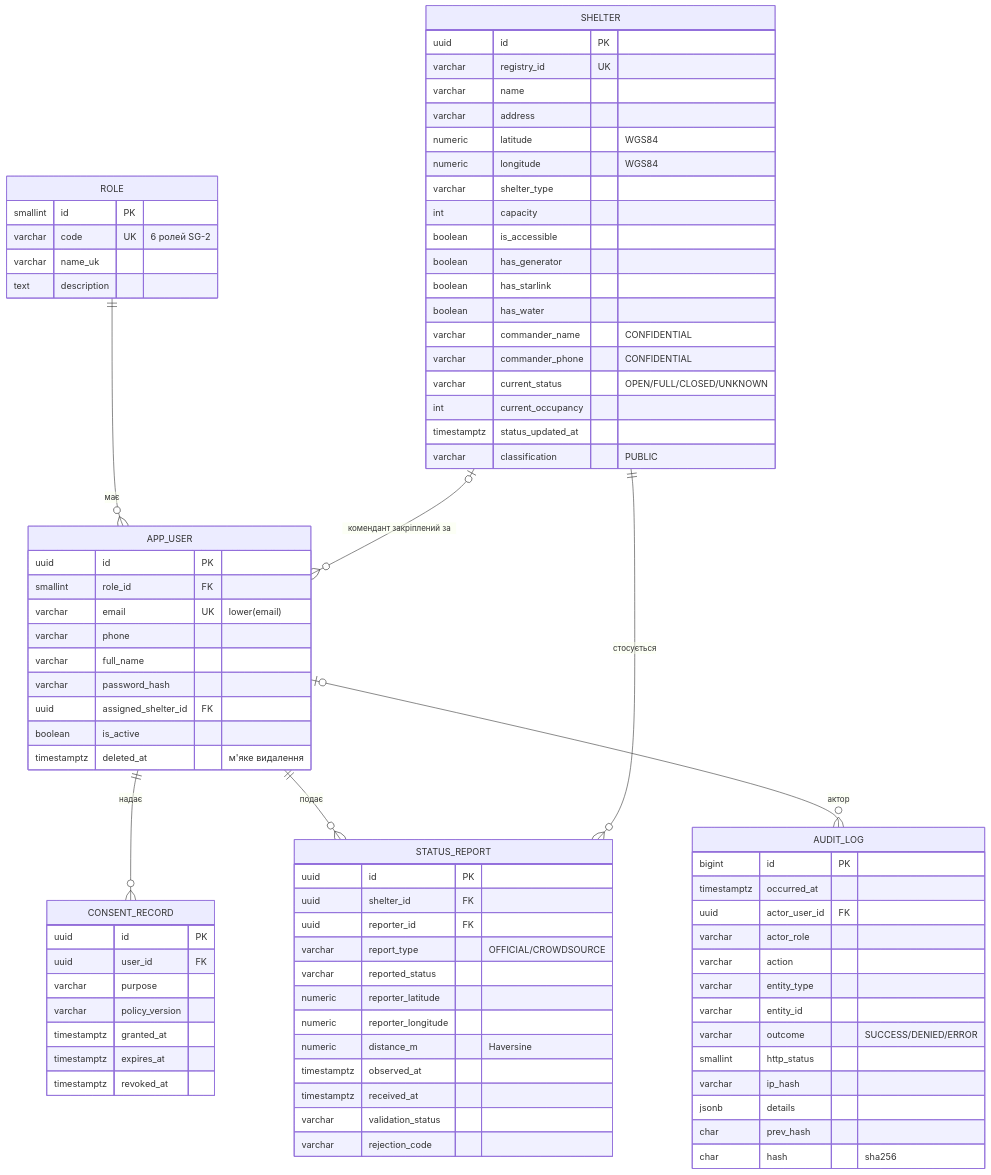
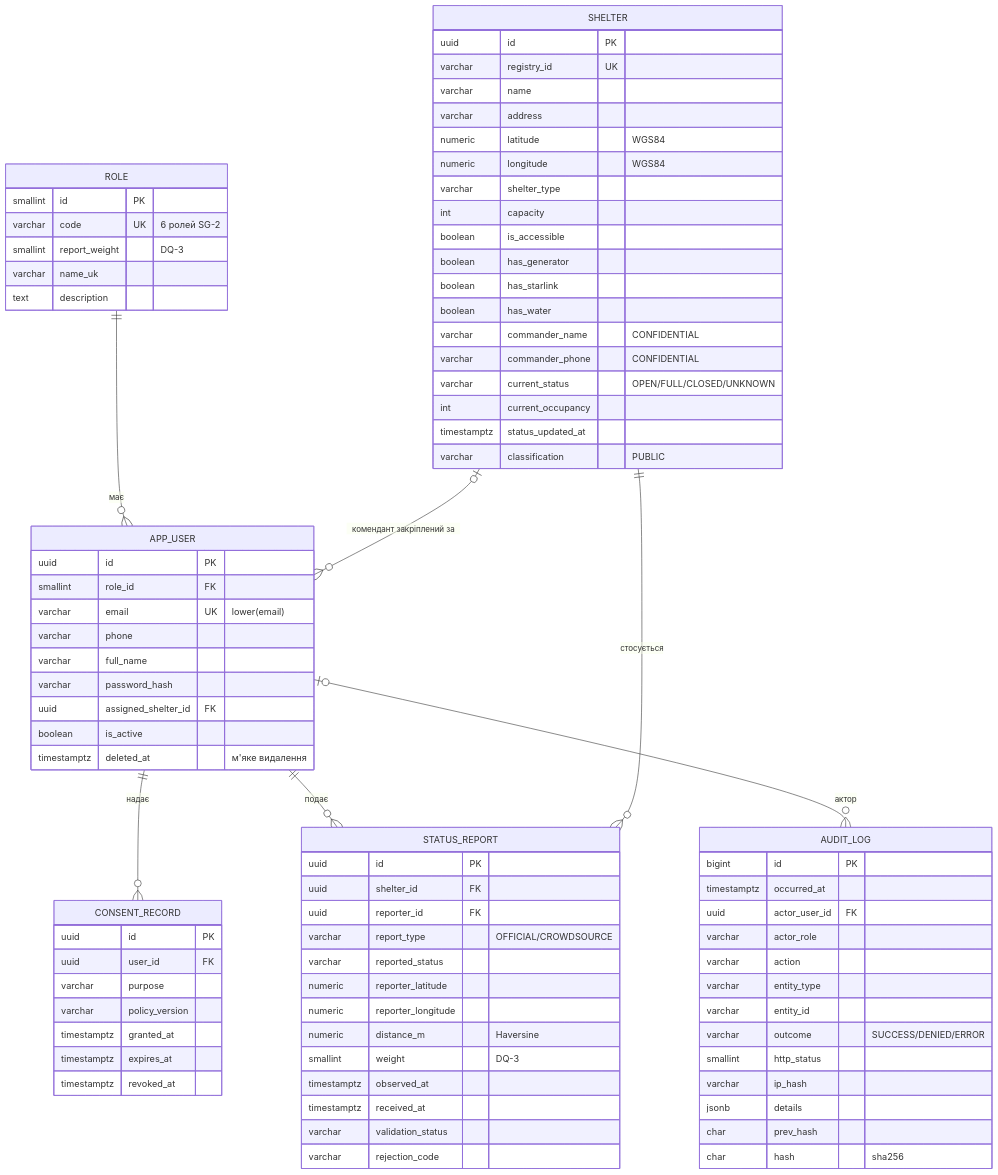
One commit to Taras-Klichkovskyi/skyguard changed the diagram in docs/db-schema.md. Above: the diagram before and after it, drawn with Mermaid. The commit also changed other lines of this file and 21 other files, not shown here.

```diff
--- a/docs/db-schema.md
+++ b/docs/db-schema.md
@@ -18,6 +18,7 @@
     ROLE {
         smallint id PK
         varchar code UK "6 ролей SG-2"
+        smallint report_weight "DQ-3"
         varchar name_uk
         text description
     }
@@ -70,6 +71,7 @@
         numeric reporter_latitude
         numeric reporter_longitude
         numeric distance_m "Haversine"
+        smallint weight "DQ-3"
         timestamptz observed_at
         timestamptz received_at
         varchar validation_status
```
